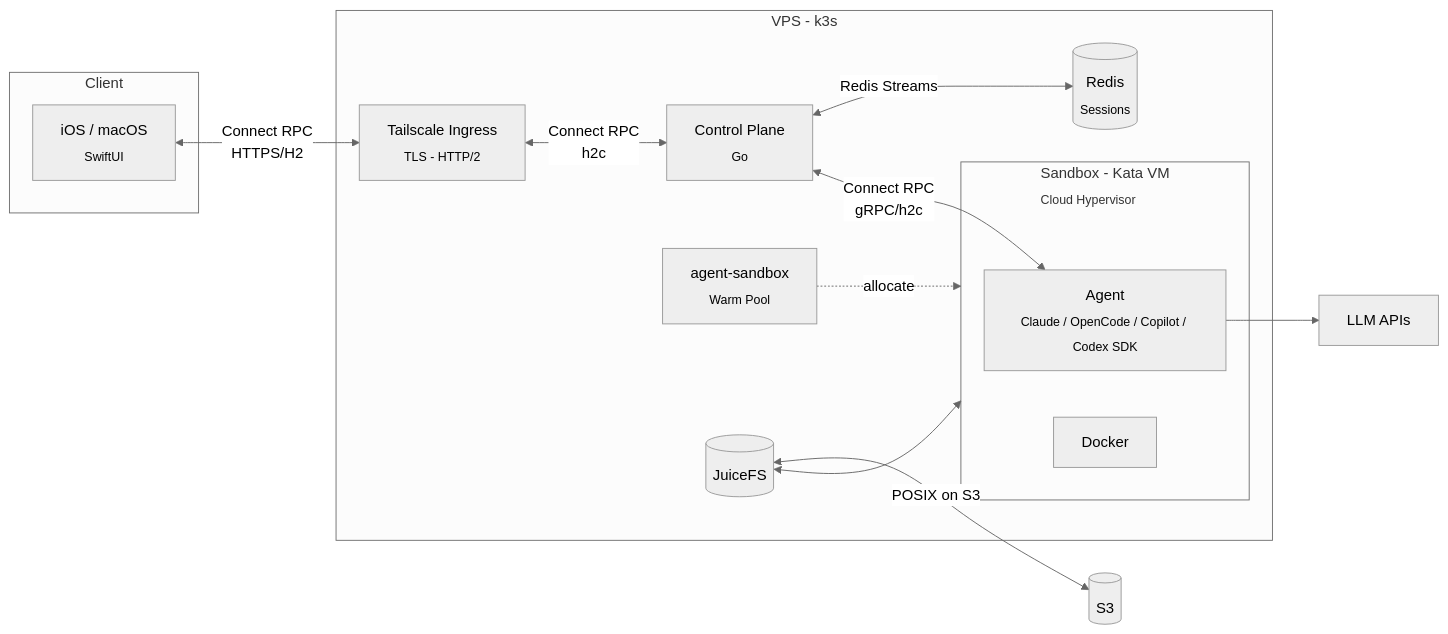
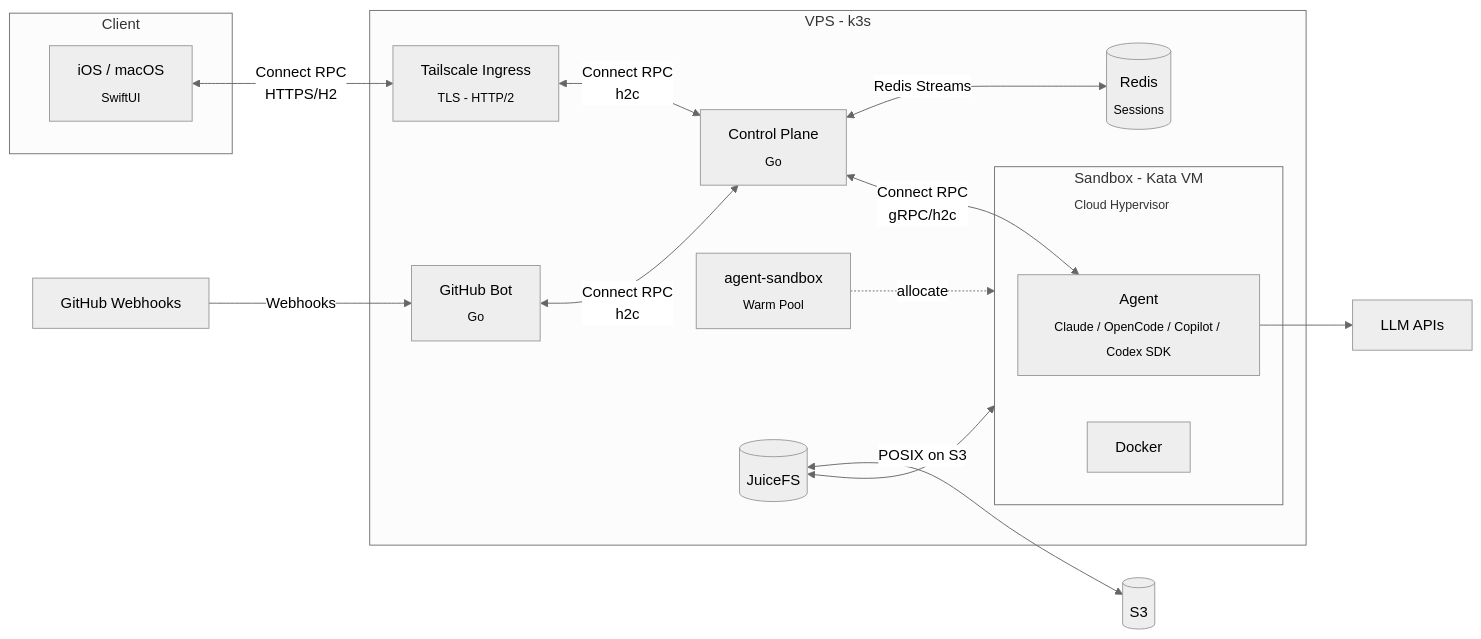
The diagram in README.md (evertonstz/netclodinho), drawn with Mermaid (neutral theme) before and after one commit. The commit also changed other lines of this file, not shown here.

Commit message:
docs: add github-bot to README

````diff
--- a/README.md
+++ b/README.md
@@ -35,31 +36,35 @@
 ```mermaid
 flowchart LR
     subgraph CLIENT["Client"]
         APP["iOS / macOS<br/><sub>SwiftUI</sub>"]
     end
 
     subgraph VPS["VPS - k3s"]
         TS["Tailscale Ingress<br/><sub>TLS - HTTP/2</sub>"]
         CP["Control Plane<br/><sub>Go</sub>"]
+        BOT["GitHub Bot<br/><sub>Go</sub>"]
         REDIS[("Redis<br/><sub>Sessions</sub>")]
         POOL["agent-sandbox<br/><sub>Warm Pool</sub>"]
         JFS[("JuiceFS")]
 
         subgraph SANDBOX["Sandbox - Kata VM<br/><sub>Cloud Hypervisor</sub>"]
             AGENT["Agent<br/><sub>Claude / OpenCode / Copilot / Codex SDK</sub>"]
             DOCKER["Docker"]
         end
     end
 
+    GH["GitHub Webhooks"]
     S3[("S3")]
     LLM["LLM APIs"]
 
     APP <-->|"Connect RPC<br/>HTTPS/H2"| TS
     TS <-->|"Connect RPC<br/>h2c"| CP
+    GH -->|"Webhooks"| BOT
+    BOT <-->|"Connect RPC<br/>h2c"| CP
     CP <-->|"Redis Streams"| REDIS
     CP <-->|"Connect RPC<br/>gRPC/h2c"| AGENT
     POOL -.->|"allocate"| SANDBOX
     JFS <--> SANDBOX
     JFS <-->|"POSIX on S3"| S3
     AGENT --> LLM
 ```
````
